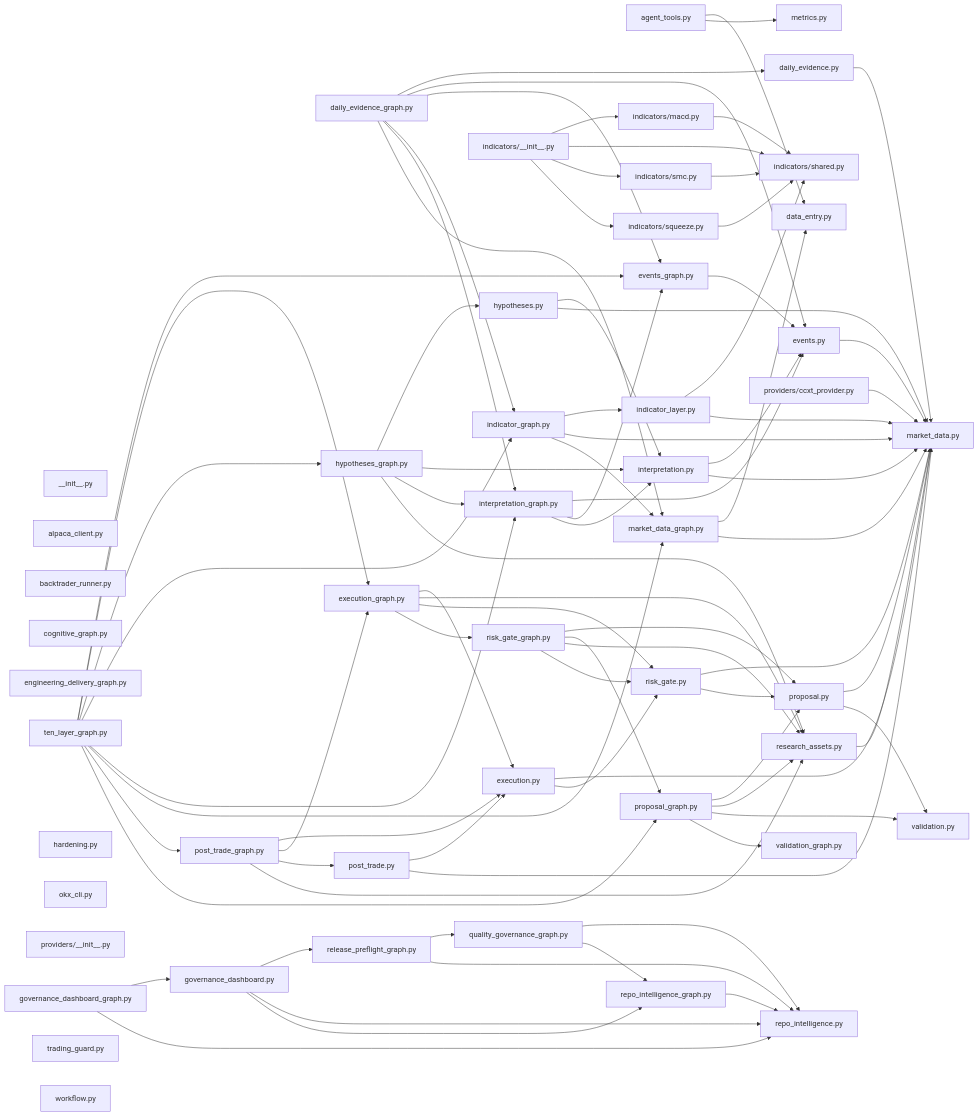
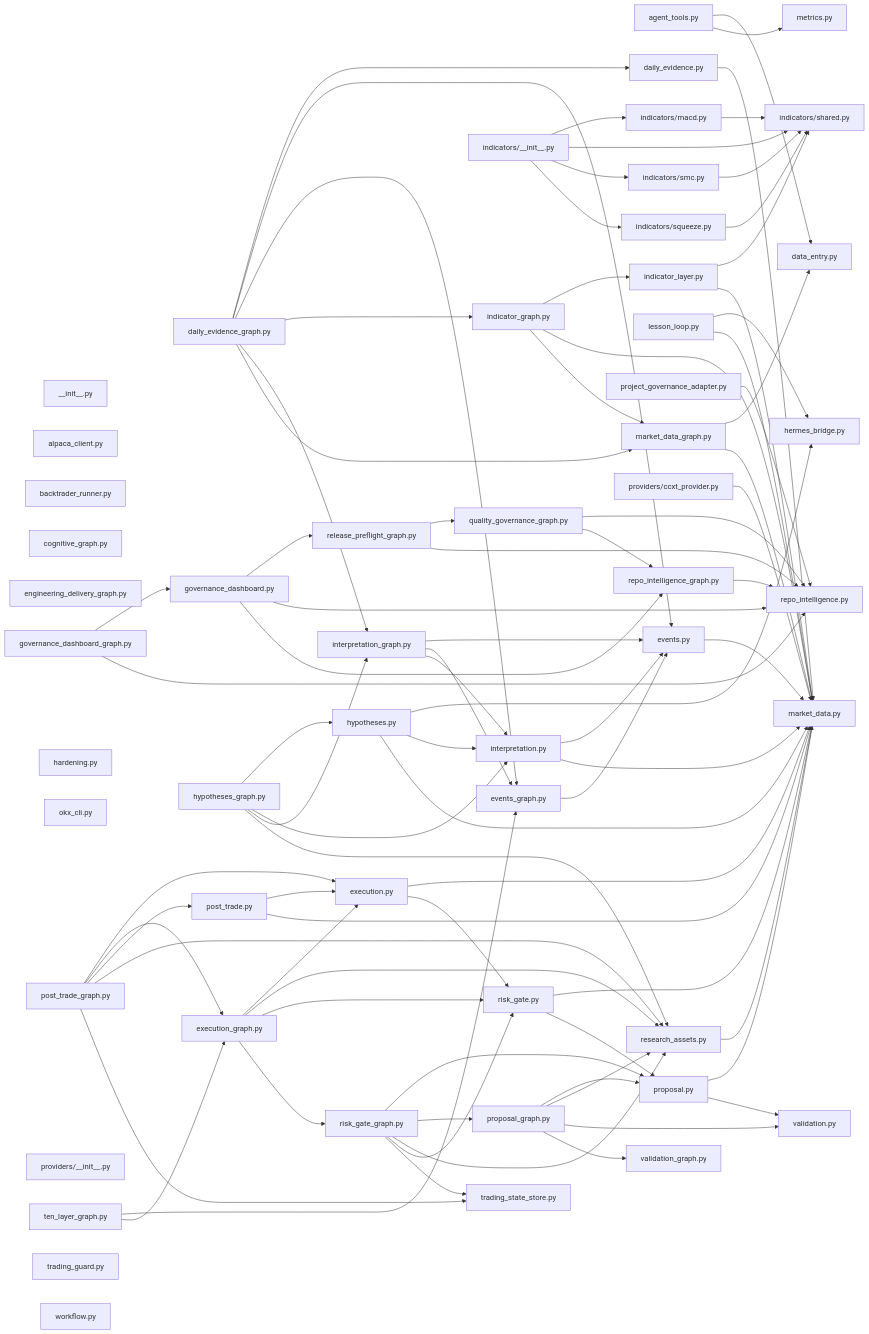
Before and after one commit to zycxfyh/FinHarness: the diagram in docs/architecture/generated/repo-intelligence.md, drawn with Mermaid. The commit also changed other lines of this file and 32 other files, not shown here.

````diff
--- a/docs/architecture/generated/repo-intelligence.md
+++ b/docs/architecture/generated/repo-intelligence.md
@@ -40,6 +72,7 @@
   n_src_finharness_governance_dashboard_py["governance_dashboard.py"]
   n_src_finharness_governance_dashboard_graph_py["governance_dashboard_graph.py"]
   n_src_finharness_hardening_py["hardening.py"]
+  n_src_finharness_hermes_bridge_py["hermes_bridge.py"]
   n_src_finharness_hypotheses_py["hypotheses.py"]
   n_src_finharness_hypotheses_graph_py["hypotheses_graph.py"]
   n_src_finharness_indicator_graph_py["indicator_graph.py"]
@@ -51,12 +84,14 @@
   n_src_finharness_indicators_squeeze_py["indicators/squeeze.py"]
   n_src_finharness_interpretation_py["interpretation.py"]
   n_src_finharness_interpretation_graph_py["interpretation_graph.py"]
+  n_src_finharness_lesson_loop_py["lesson_loop.py"]
   n_src_finharness_market_data_py["market_data.py"]
   n_src_finharness_market_data_graph_py["market_data_graph.py"]
   n_src_finharness_metrics_py["metrics.py"]
   n_src_finharness_okx_cli_py["okx_cli.py"]
   n_src_finharness_post_trade_py["post_trade.py"]
   n_src_finharness_post_trade_graph_py["post_trade_graph.py"]
+  n_src_finharness_project_governance_adapter_py["project_governance_adapter.py"]
   n_src_finharness_proposal_py["proposal.py"]
   n_src_finharness_proposal_graph_py["proposal_graph.py"]
   n_src_finharness_providers___init___py["providers/__init__.py"]
@@ -70,6 +105,7 @@
   n_src_finharness_risk_gate_graph_py["risk_gate_graph.py"]
   n_src_finharness_ten_layer_graph_py["ten_layer_graph.py"]
   n_src_finharness_trading_guard_py["trading_guard.py"]
+  n_src_finharness_trading_state_store_py["trading_state_store.py"]
   n_src_finharness_validation_py["validation.py"]
   n_src_finharness_validation_graph_py["validation_graph.py"]
   n_src_finharness_workflow_py["workflow.py"]
@@ -95,6 +131,7 @@
   n_src_finharness_governance_dashboard_py --> n_src_finharness_repo_intelligence_graph_py
   n_src_finharness_governance_dashboard_graph_py --> n_src_finharness_governance_dashboard_py
   n_src_finharness_governance_dashboard_graph_py --> n_src_finharness_repo_intelligence_py
+  n_src_finharness_hypotheses_py --> n_src_finharness_hermes_bridge_py
   n_src_finharness_hypotheses_py --> n_src_finharness_interpretation_py
   n_src_finharness_hypotheses_py --> n_src_finharness_market_data_py
   n_src_finharness_hypotheses_graph_py --> n_src_finharness_hypotheses_py
@@ -118,6 +155,8 @@
   n_src_finharness_interpretation_graph_py --> n_src_finharness_events_py
   n_src_finharness_interpretation_graph_py --> n_src_finharness_events_graph_py
   n_src_finharness_interpretation_graph_py --> n_src_finharness_interpretation_py
+  n_src_finharness_lesson_loop_py --> n_src_finharness_hermes_bridge_py
+  n_src_finharness_lesson_loop_py --> n_src_finharness_market_data_py
   n_src_finharness_market_data_graph_py --> n_src_finharness_data_entry_py
   n_src_finharness_market_data_graph_py --> n_src_finharness_market_data_py
   n_src_finharness_post_trade_py --> n_src_finharness_execution_py
@@ -126,6 +165,8 @@
   n_src_finharness_post_trade_graph_py --> n_src_finharness_execution_graph_py
   n_src_finharness_post_trade_graph_py --> n_src_finharness_post_trade_py
   n_src_finharness_post_trade_graph_py --> n_src_finharness_research_assets_py
+  n_src_finharness_post_trade_graph_py --> n_src_finharness_trading_state_store_py
+  n_src_finharness_project_governance_adapter_py --> n_src_finharness_repo_intelligence_py
   n_src_finharness_proposal_py --> n_src_finharness_market_data_py
   n_src_finharness_proposal_py --> n_src_finharness_validation_py
   n_src_finharness_proposal_graph_py --> n_src_finharness_proposal_py
@@ -145,12 +186,7 @@
   n_src_finharness_risk_gate_graph_py --> n_src_finharness_proposal_graph_py
   n_src_finharness_risk_gate_graph_py --> n_src_finharness_research_assets_py
   n_src_finharness_risk_gate_graph_py --> n_src_finharness_risk_gate_py
+  n_src_finharness_risk_gate_graph_py --> n_src_finharness_trading_state_store_py
   n_src_finharness_ten_layer_graph_py --> n_src_finharness_events_graph_py
   n_src_finharness_ten_layer_graph_py --> n_src_finharness_execution_graph_py
-  n_src_finharness_ten_layer_graph_py --> n_src_finharness_hypotheses_graph_py
-  n_src_finharness_ten_layer_graph_py --> n_src_finharness_indicator_graph_py
-  n_src_finharness_ten_layer_graph_py --> n_src_finharness_interpretation_graph_py
-  n_src_finharness_ten_layer_graph_py --> n_src_finharness_market_data_graph_py
-  n_src_finharness_ten_layer_graph_py --> n_src_finharness_post_trade_graph_py
-  n_src_finharness_ten_layer_graph_py --> n_src_finharness_proposal_graph_py
 ```
````
